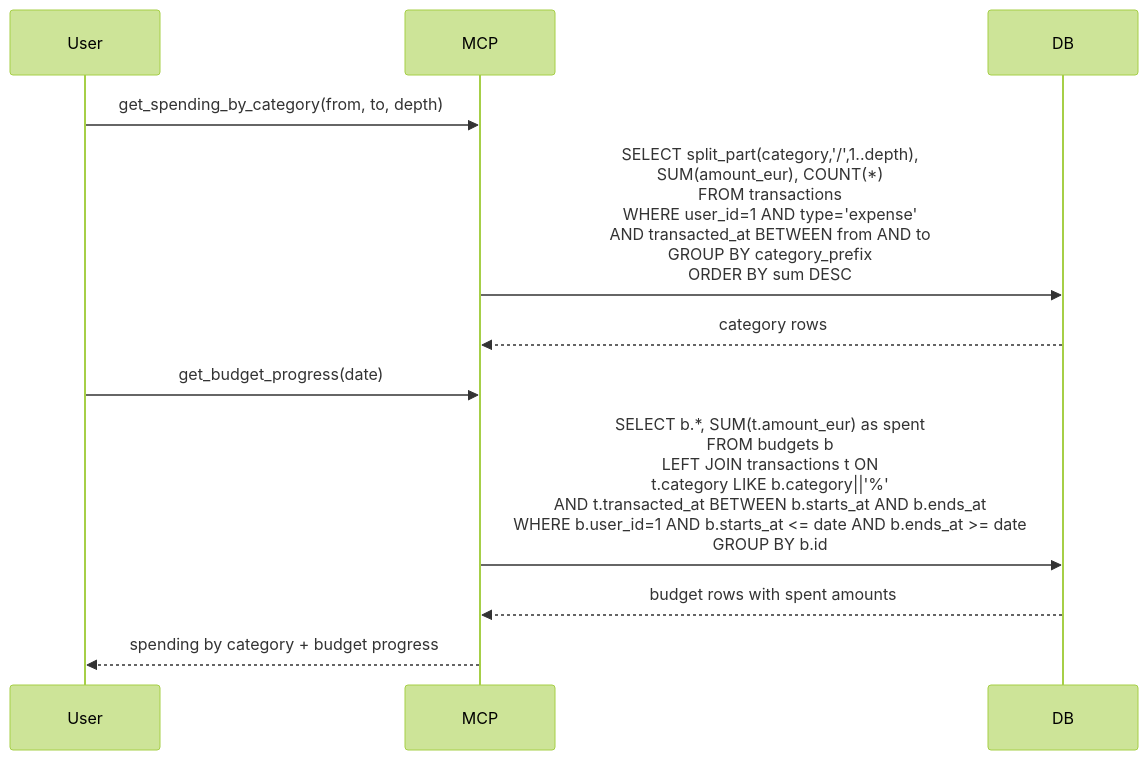
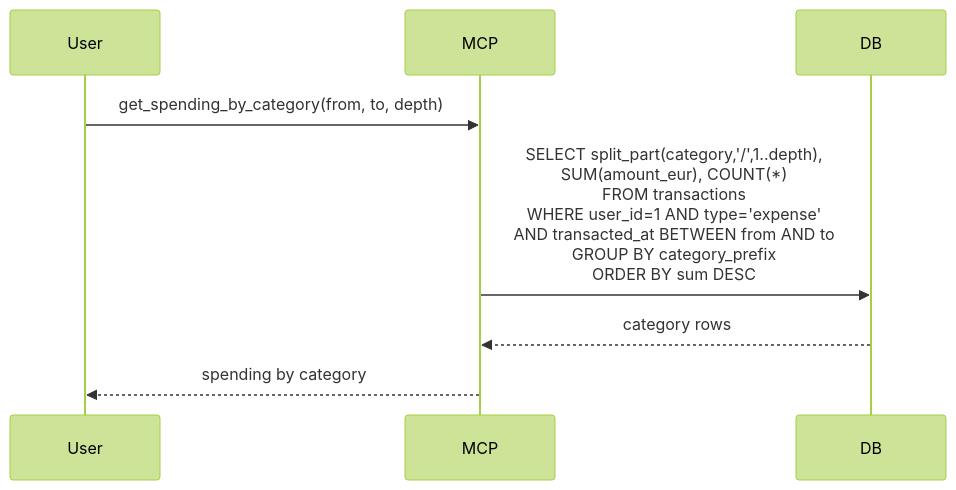
One commit to rusinikita/personal changed the fifth of 10 diagrams in docs/functions/money-spec.md. Above: the diagram before and after it, drawn with Mermaid (forest theme). The commit also changed other lines of this file and 5 other files, not shown here.

````diff
--- a/docs/functions/money-spec.md
+++ b/docs/functions/money-spec.md
@@ -165,16 +151,12 @@
 ```mermaid
 sequenceDiagram
     participant User
     participant MCP
     participant DB
 
     User->>MCP: get_spending_by_category(from, to, depth)
     MCP->>DB: SELECT split_part(category,'/',1..depth),<br/>SUM(amount_eur), COUNT(*)<br/>FROM transactions<br/>WHERE user_id=1 AND type='expense'<br/>AND transacted_at BETWEEN from AND to<br/>GROUP BY category_prefix<br/>ORDER BY sum DESC
     DB-->>MCP: category rows
 
-    User->>MCP: get_budget_progress(date)
-    MCP->>DB: SELECT b.*, SUM(t.amount_eur) as spent<br/>FROM budgets b<br/>LEFT JOIN transactions t ON<br/>t.category LIKE b.category||'%'<br/>AND t.transacted_at BETWEEN b.starts_at AND b.ends_at<br/>WHERE b.user_id=1 AND b.starts_at <= date AND b.ends_at >= date<br/>GROUP BY b.id
-    DB-->>MCP: budget rows with spent amounts
-
-    MCP-->>User: spending by category + budget progress
+    MCP-->>User: spending by category
 ```
````
